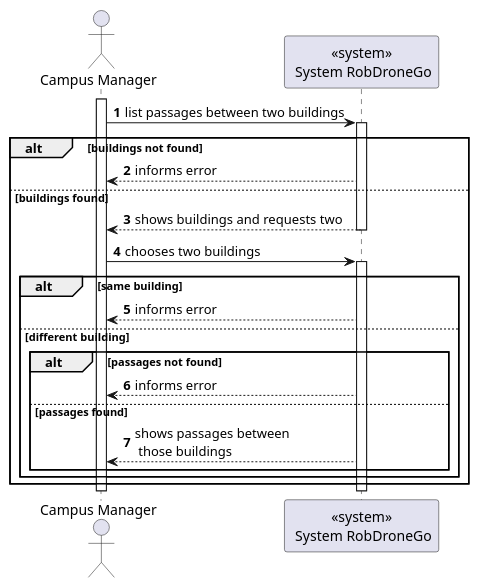
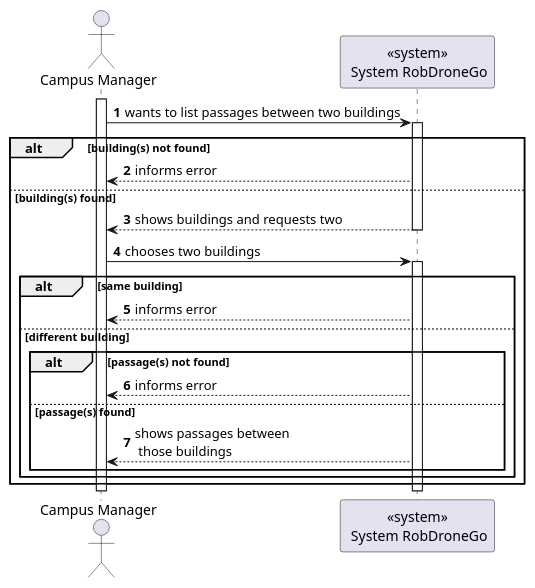
Before and after one commit to Departamento-de-Engenharia-Informatica/lapr5-23-24-g19: the diagram in docs/us1190/level1/process-view.puml, drawn with PlantUML. The commit also changed 13 other files, not shown here.

```diff
--- a/docs/us1190/level1/process-view.puml
+++ b/docs/us1190/level1/process-view.puml
@@ -1,35 +1,35 @@
 @startuml
 autonumber
 
 actor "Campus Manager" as usr
 
 participant "<<system>>\n System RobDroneGo" as sys
 
 activate usr
-    usr -> sys : list passages between two buildings
+    usr -> sys : wants to list passages between two buildings
     activate sys
-    alt buildings not found
+    alt building(s) not found
             sys --> usr : informs error
-        else buildings found
+        else building(s) found
             sys --> usr : shows buildings and requests two
         deactivate sys
 
 
     usr -> sys : chooses two buildings
     activate sys
 
     alt same building
         sys --> usr: informs error
     else different building
 
-        alt passages not found
+        alt passage(s) not found
             sys --> usr: informs error
-        else passages found
+        else passage(s) found
             sys --> usr: shows passages between\n those buildings
             end
         end
     end
     deactivate sys
 deactivate usr
 
 @enduml
```
